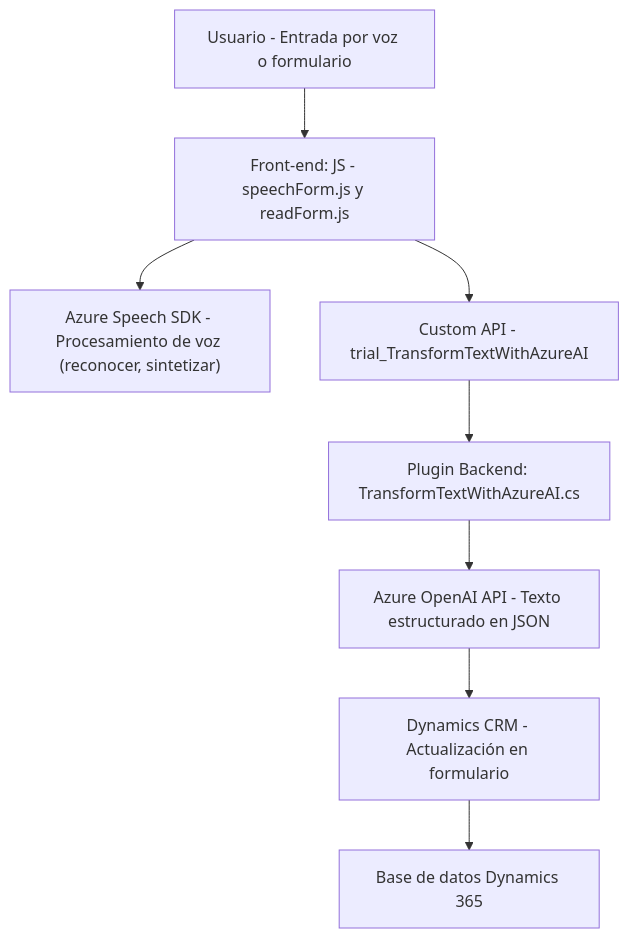
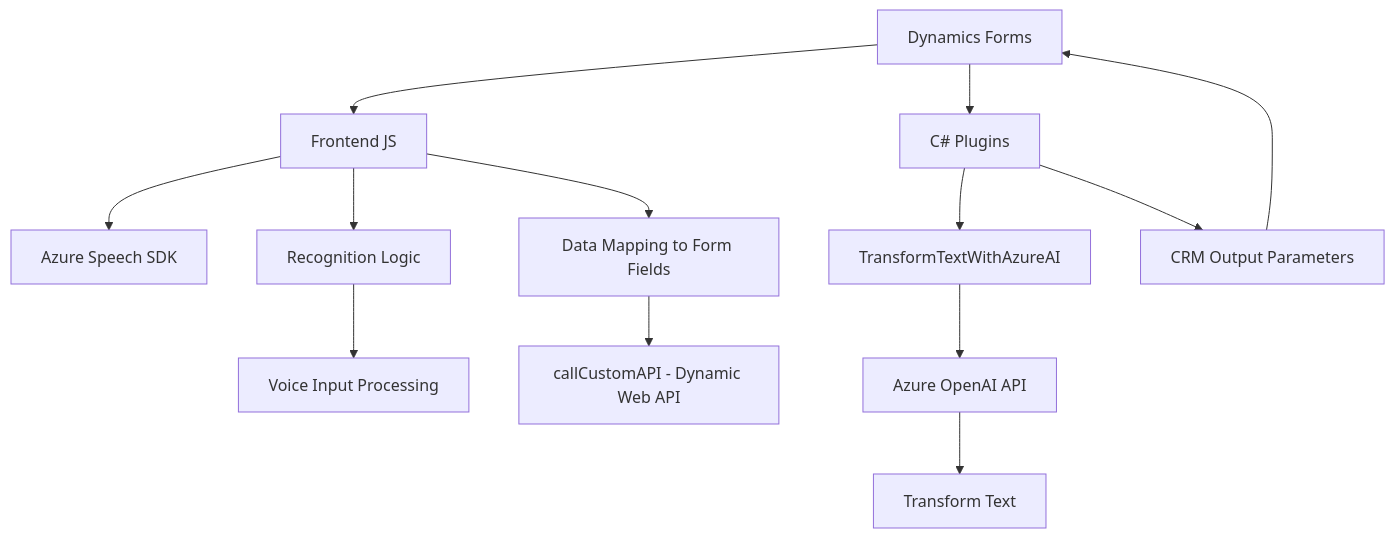
The diagram in README.md (blopezdm/NETCORE_BILBAO2025), drawn with Mermaid before and after one commit. The commit also changed other lines of this file, not shown here.

````diff
--- a/README.md
+++ b/README.md
@@ -49,10 +54,16 @@
 ```mermaid
 graph TD
-    A["Usuario - Entrada por voz o formulario"] --> B["Front-end: JS - speechForm.js y readForm.js"]
-    B --> C["Azure Speech SDK - Procesamiento de voz (reconocer, sintetizar)"]
-    B --> D["Custom API - trial_TransformTextWithAzureAI"]
-    D --> E["Plugin Backend: TransformTextWithAzureAI.cs"]
-    E --> F["Azure OpenAI API - Texto estructurado en JSON"]
-    F --> G["Dynamics CRM - Actualización en formulario"]
-    G --> H["Base de datos Dynamics 365"]
+    A["Dynamics Forms"] --> B["Frontend JS"]
+    B --> C["Azure Speech SDK"]
+    B --> D["Recognition Logic"]
+    D --> E["Voice Input Processing"]
+    B --> F["Data Mapping to Form Fields"]
+    F --> G["callCustomAPI - Dynamic Web API"]
+
+    A --> H["C# Plugins"]
+    H --> I["TransformTextWithAzureAI"]
+    I --> J["Azure OpenAI API"]
+    J --> K["Transform Text"]
+    H --> L["CRM Output Parameters"]
+    L --> A
 ```
````
